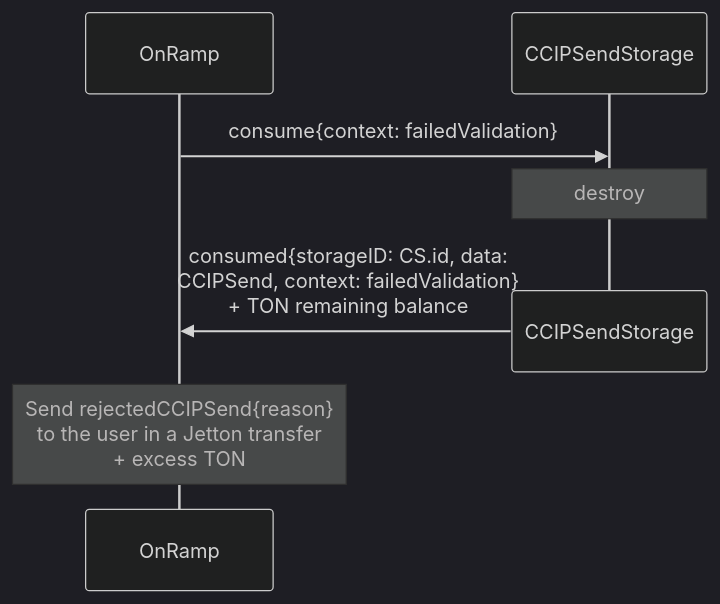
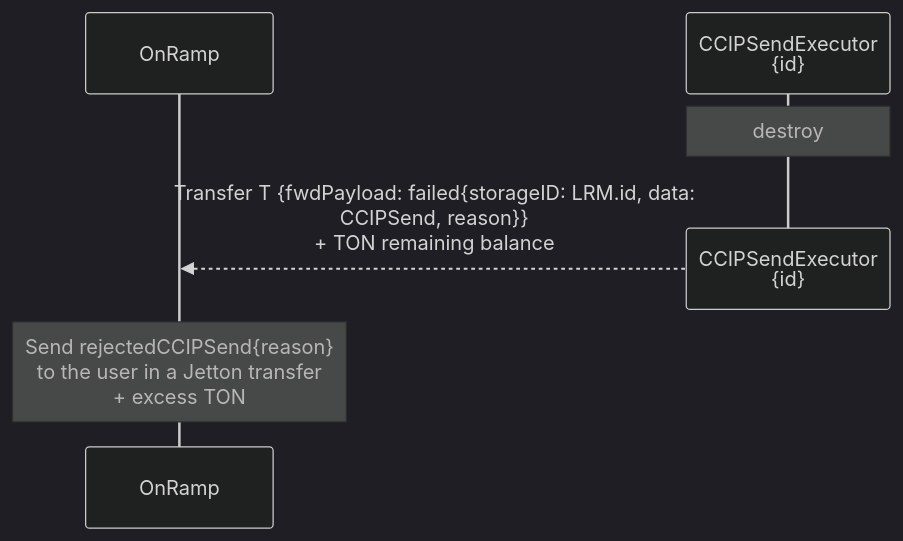
One commit to smartcontractkit/chainlink-ton changed the second of 2 diagrams in docs/contracts/ccip/flow/onramp/token-transfer.md. Above: the diagram before and after it, drawn with Mermaid (dark theme). The commit also changed other lines of this file and 1 other file, not shown here.

````diff
--- a/docs/contracts/ccip/flow/onramp/token-transfer.md
+++ b/docs/contracts/ccip/flow/onramp/token-transfer.md
@@ -82,10 +82,9 @@
 ```mermaid
 sequenceDiagram
     participant OR as OnRamp
-    participant CS as CCIPSendStorage
-    OR ->> CS: consume{context: failedValidation} 
-    Note over CS: destroy
-    destroy CS
-    CS ->> OR: consumed{storageID: CS.id, data:<br>CCIPSend, context: failedValidation}<br>+ TON remaining balance
+    participant LRM as CCIPSendExecutor<br>{id}
+    Note over LRM: destroy
+    destroy LRM
+    LRM -->> OR: Transfer T {fwdPayload: failed{storageID: LRM.id, data:<br>CCIPSend, reason}}<br>+ TON remaining balance
     Note over OR: Send rejectedCCIPSend{reason}<br>to the user in a Jetton transfer<br>+ excess TON
 ```
````
